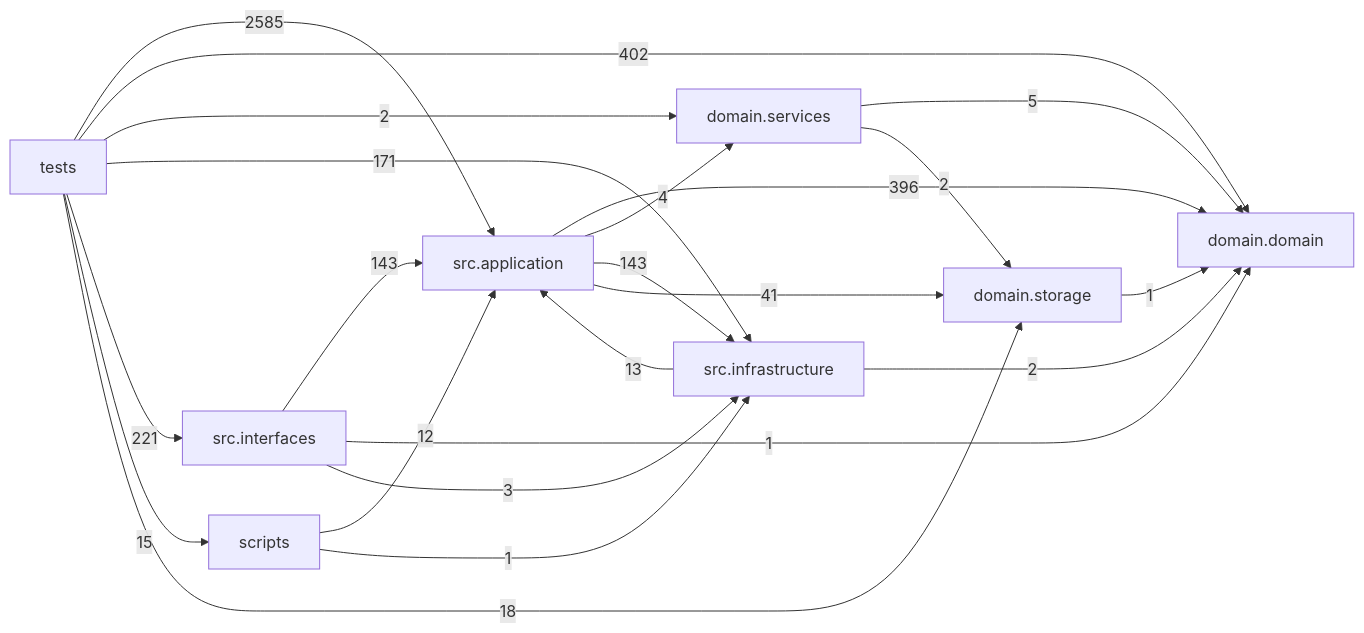
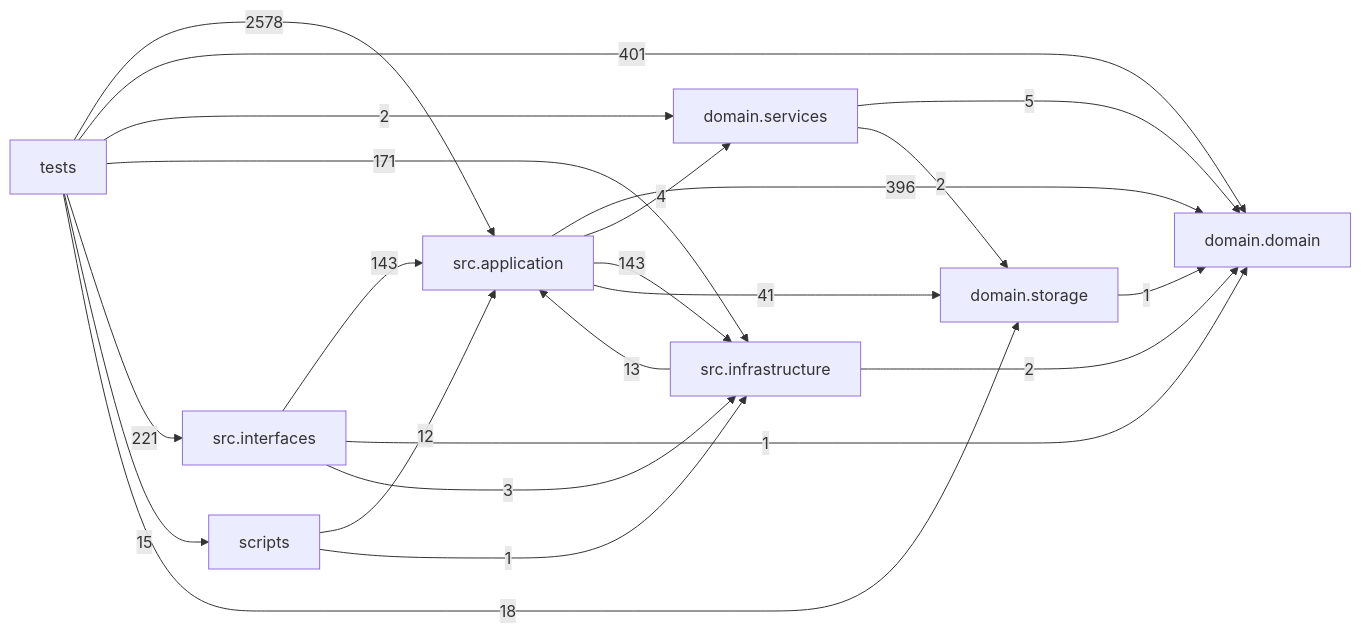
Before and after one commit to liuxie066/options-monitor: the diagram in docs/DEPENDENCY_GRAPH.md, drawn with Mermaid. The commit also changed other lines of this file, not shown here.

Commit message:
chore(docs): regenerate dependency graph after strategy refactor

````diff
--- a/docs/DEPENDENCY_GRAPH.md
+++ b/docs/DEPENDENCY_GRAPH.md
@@ -24,32 +24,32 @@
 ```mermaid
 flowchart LR
   tests["tests"]
   scripts["scripts"]
   interfaces["src.interfaces"]
   application["src.application"]
   infrastructure["src.infrastructure"]
   domain_services["domain.services"]
   domain["domain.domain"]
   storage["domain.storage"]
   application -->|396| domain
   application -->|4| domain_services
   application -->|143| infrastructure
   application -->|41| storage
   domain_services -->|5| domain
   domain_services -->|2| storage
   infrastructure -->|13| application
   infrastructure -->|2| domain
   interfaces -->|143| application
   interfaces -->|1| domain
   interfaces -->|3| infrastructure
   scripts -->|12| application
   scripts -->|1| infrastructure
   storage -->|1| domain
-  tests -->|2585| application
-  tests -->|402| domain
+  tests -->|2578| application
+  tests -->|401| domain
   tests -->|2| domain_services
   tests -->|171| infrastructure
   tests -->|221| interfaces
   tests -->|15| scripts
   tests -->|18| storage
 ```
````
